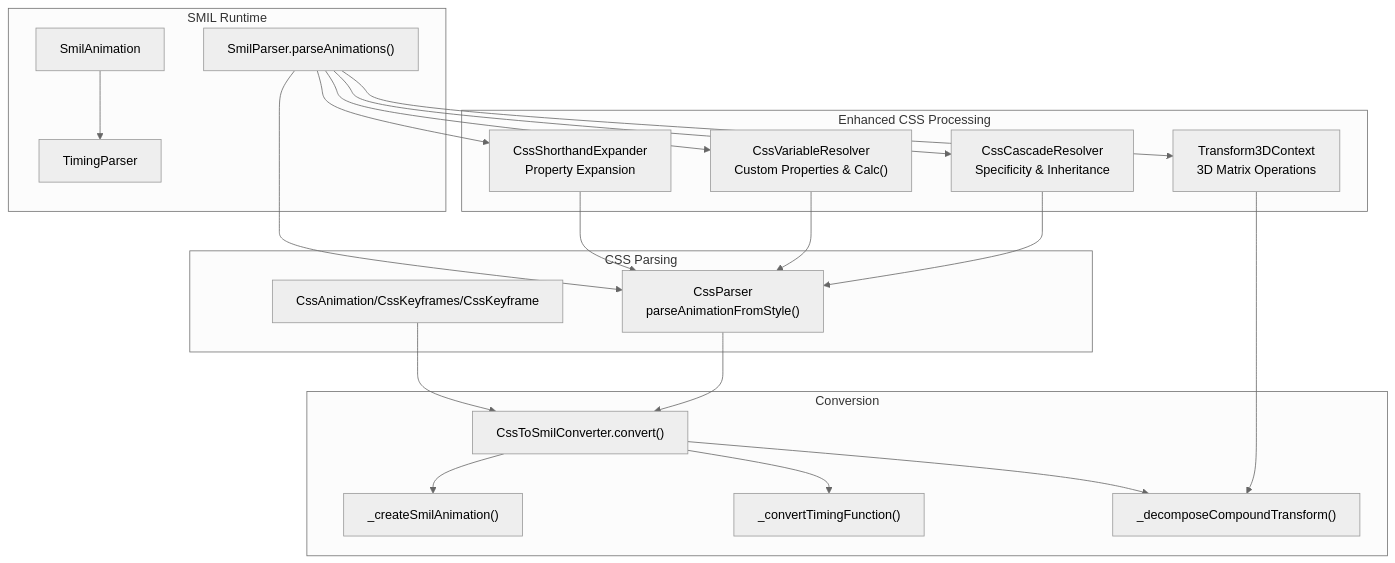
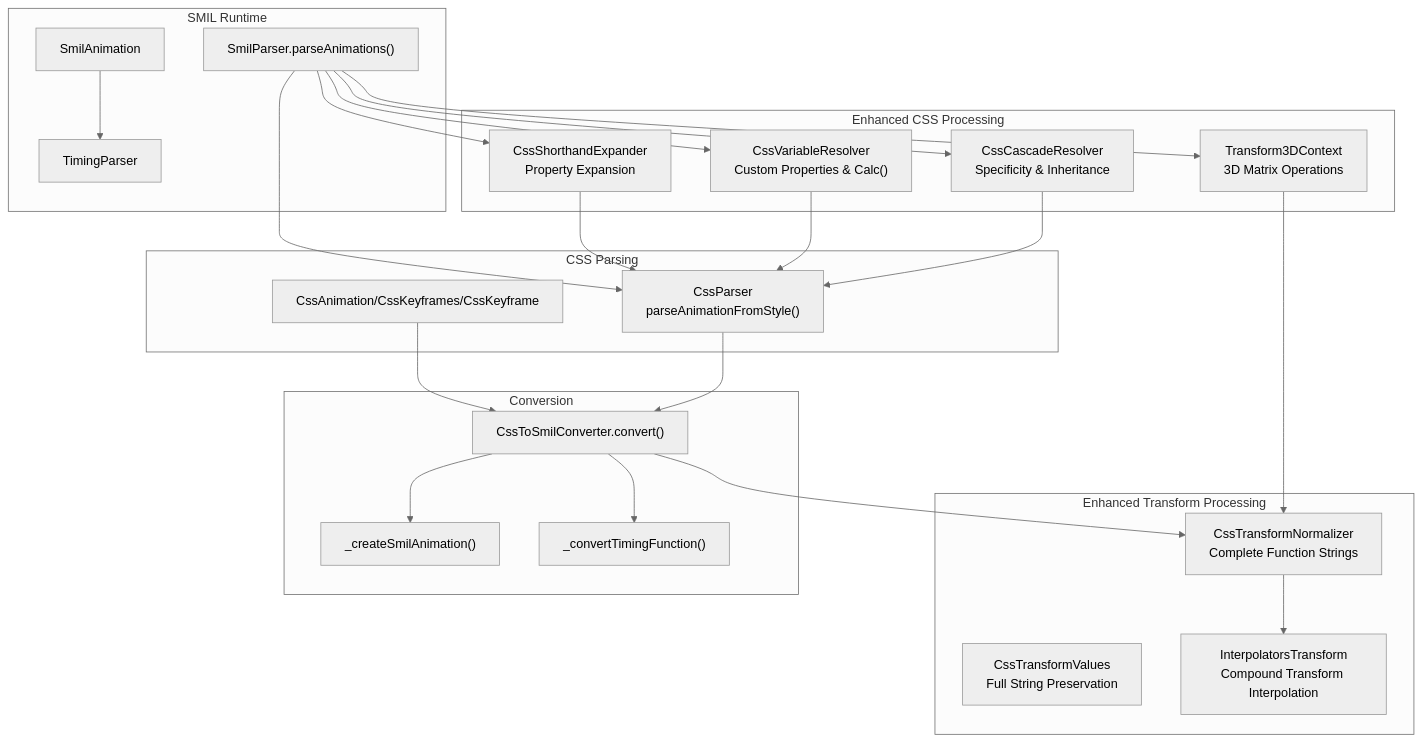
Before and after one commit to denisnadey/flutter_full_svg_support: the first of 8 diagrams in .qoder/repowiki/en/content/Animated SVG Support/CSS Animation Conversion.md, drawn with Mermaid (neutral theme). The commit also changed other lines of this file and 40 other files, not shown here.

First line of the commit message:
feat(animation): enhance transform processing and event-driven animation system

````diff
--- a/.qoder/repowiki/en/content/Animated SVG Support/CSS Animation Conversion.md
+++ b/.qoder/repowiki/en/content/Animated SVG Support/CSS Animation Conversion.md
@@ -58,39 +64,44 @@
 ```mermaid
 graph TB
 subgraph "Enhanced CSS Processing"
 CS["CssCascadeResolver<br/>Specificity & Inheritance"]
 CV["CssVariableResolver<br/>Custom Properties & Calc()"]
 CE["CssShorthandExpander<br/>Property Expansion"]
 T3D["Transform3DContext<br/>3D Matrix Operations"]
 end
 subgraph "CSS Parsing"
 CP["CssParser<br/>parseAnimationFromStyle()"]
 CM["CssAnimation/CssKeyframes/CssKeyframe"]
 end
+subgraph "Enhanced Transform Processing"
+CTV["CssTransformValues<br/>Full String Preservation"]
+CTN["CssTransformNormalizer<br/>Complete Function Strings"]
+IT["InterpolatorsTransform<br/>Compound Transform Interpolation"]
+end
 subgraph "Conversion"
 CTS["CssToSmilConverter.convert()"]
 CTCore["_createSmilAnimation()"]
 CTTim["_convertTimingFunction()"]
-CTDec["_decomposeCompoundTransform()"]
 end
 subgraph "SMIL Runtime"
 SP["SmilParser.parseAnimations()"]
 SA["SmilAnimation"]
 TP["TimingParser"]
 end
 CS --> CP
 CV --> CP
 CE --> CP
-T3D --> CTDec
+T3D --> CTN
 CP --> CTS
 CM --> CTS
 CTS --> CTCore
 CTS --> CTTim
-CTS --> CTDec
+CTS --> CTN
+CTN --> IT
 SP --> CP
 SP --> CS
 SP --> CV
 SP --> CE
 SP --> T3D
 SA --> TP
 ```
````
